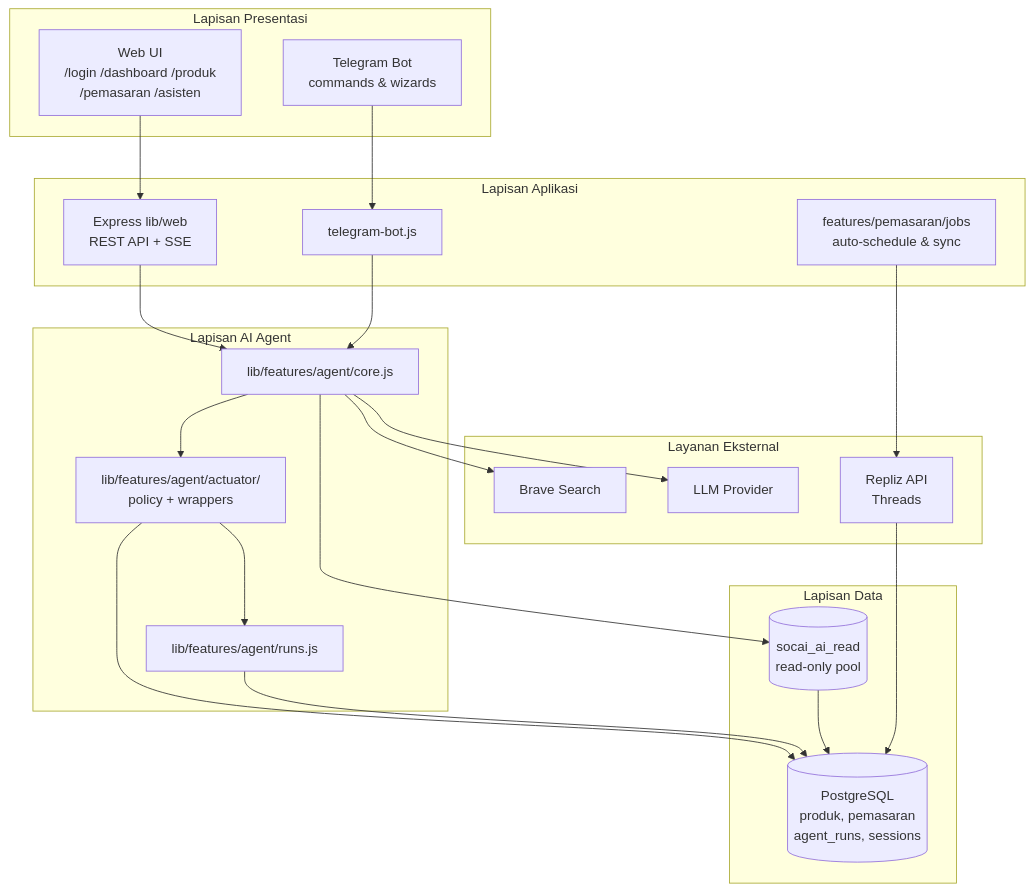
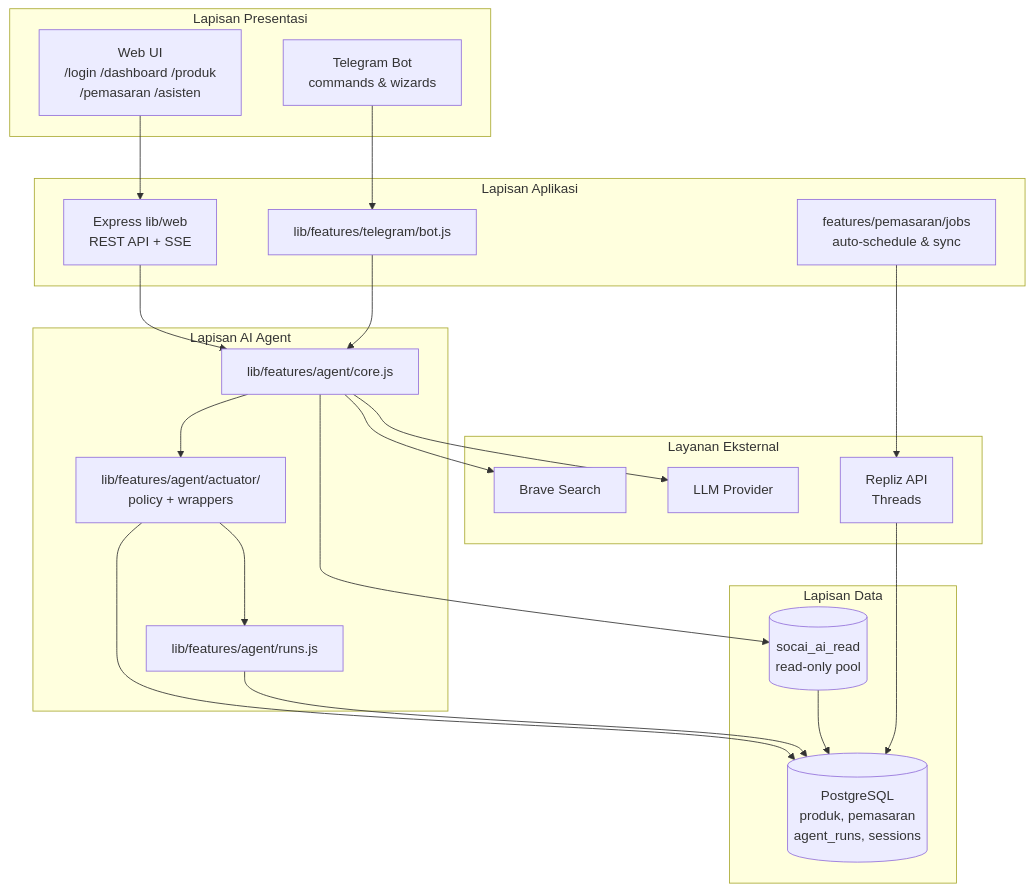
One commit to iggbudi/socai changed the second of 12 diagrams in README.md. Above: the diagram before and after it, drawn with Mermaid. The commit also changed other lines of this file and 11 other files, not shown here.

Commit message:
refactor(telegram): move telegram feature to lib/features/ (vertical slicing F8)

````diff
--- a/README.md
+++ b/README.md
@@ -129,41 +130,41 @@
 ```mermaid
 flowchart TB
     subgraph Presentation["Lapisan Presentasi"]
         WEB["Web UI\n/login /dashboard /produk\n/pemasaran /asisten"]
         TG["Telegram Bot\ncommands & wizards"]
     end
 
     subgraph Application["Lapisan Aplikasi"]
         EXP["Express lib/web\nREST API + SSE"]
-        BOT["telegram-bot.js"]
+        BOT["lib/features/telegram/bot.js"]
         JOBS["features/pemasaran/jobs\nauto-schedule & sync"]
     end
 
     subgraph Agent["Lapisan AI Agent"]
         AG["lib/features/agent/core.js"]
         ACT["lib/features/agent/actuator/\npolicy + wrappers"]
         AR["lib/features/agent/runs.js"]
     end
 
     subgraph Data["Lapisan Data"]
         PG[("PostgreSQL\nproduk, pemasaran\nagent_runs, sessions")]
         RO[("socai_ai_read\nread-only pool")]
     end
 
     subgraph External["Layanan Eksternal"]
         REP["Repliz API\nThreads"]
         LLM["LLM Provider"]
         BR["Brave Search"]
     end
 
     WEB --> EXP
     TG --> BOT
     EXP --> AG
     BOT --> AG
     AG --> ACT --> PG
     ACT --> AR --> PG
     AG --> RO --> PG
     AG --> BR
     AG --> LLM
     JOBS --> REP --> PG
 ```
````
